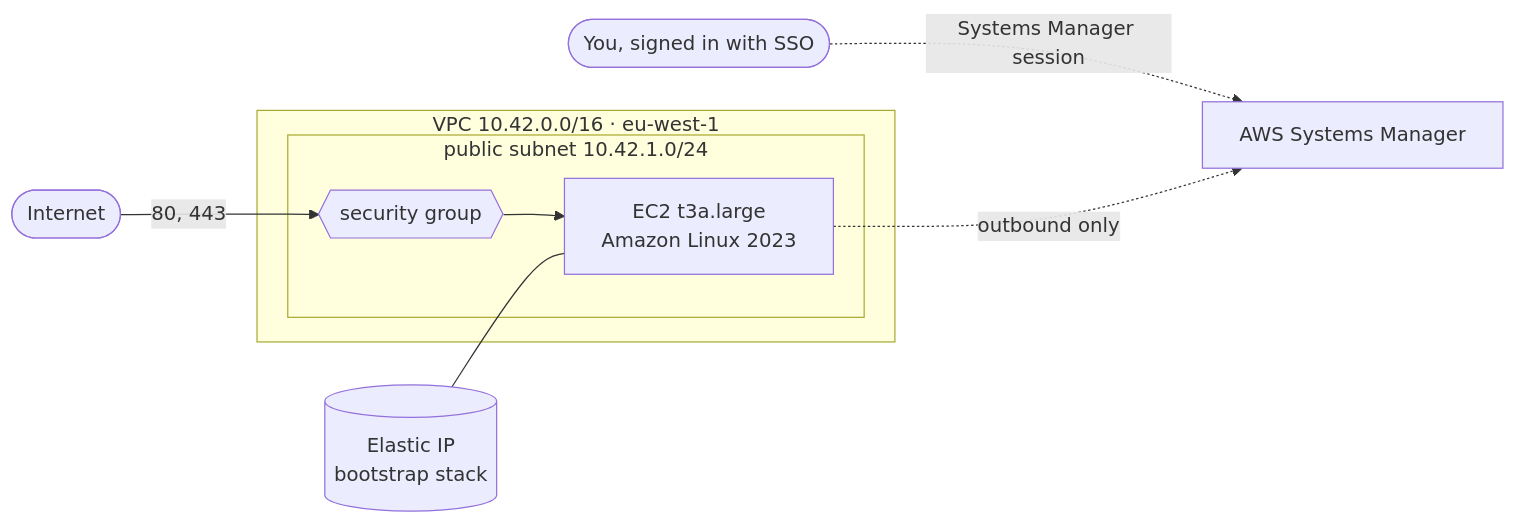
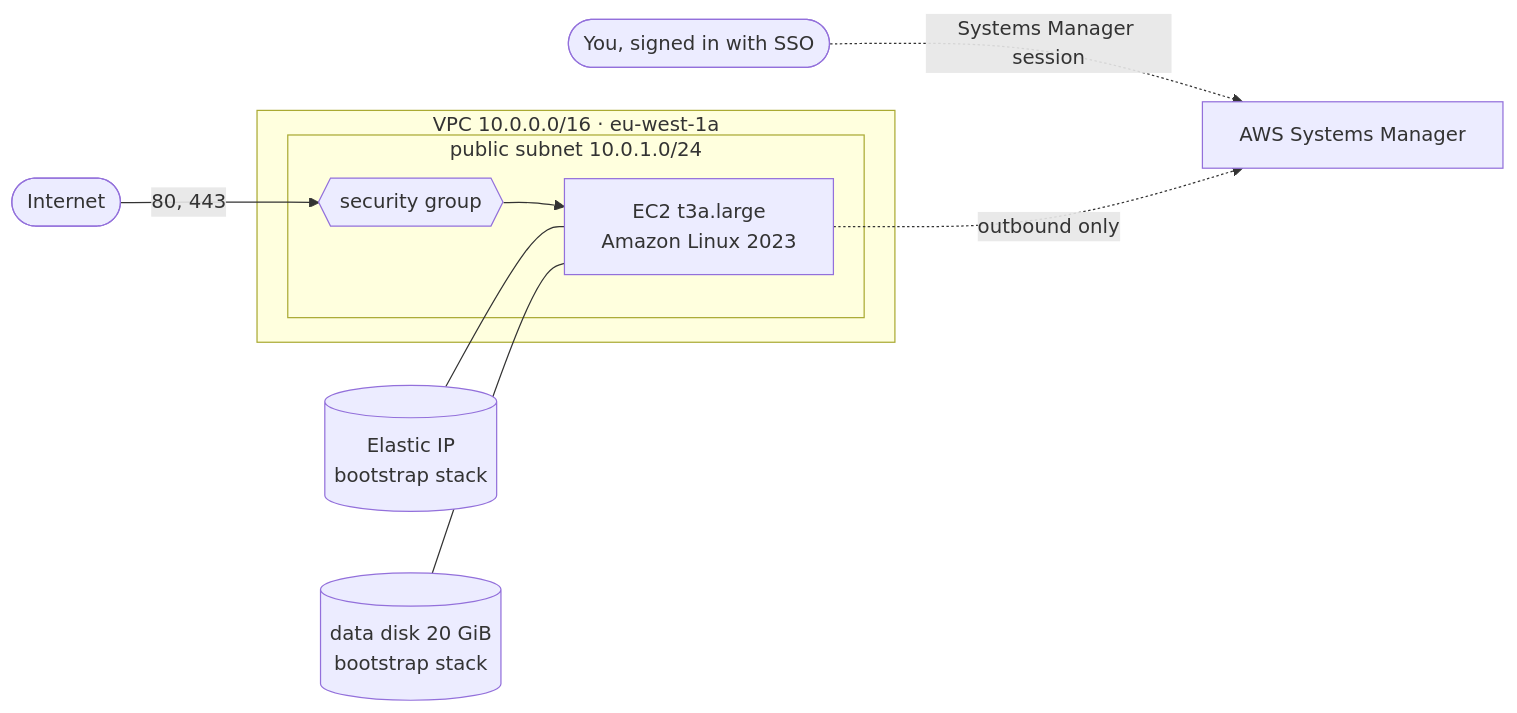
The diagram in docs/en/INFRA.md (LifeLifeOne/votely), drawn with Mermaid before and after one commit. The commit also changed other lines of this file and 7 other files, not shown here.

````diff
--- a/docs/en/INFRA.md
+++ b/docs/en/INFRA.md
@@ -16,12 +16,13 @@
 ```mermaid
 flowchart LR
     internet([Internet]) -->|"80, 443"| sg
     you([You, signed in with SSO]) -.->|"Systems Manager session"| ssm[AWS Systems Manager]
-    subgraph vpc [VPC 10.42.0.0/16 · eu-west-1]
-        subgraph subnet [public subnet 10.42.1.0/24]
+    subgraph vpc [VPC 10.0.0.0/16 · eu-west-1a]
+        subgraph subnet [public subnet 10.0.1.0/24]
             sg{{security group}} --> server["EC2 t3a.large<br/>Amazon Linux 2023"]
         end
     end
     server -.->|"outbound only"| ssm
     eip[(Elastic IP<br/>bootstrap stack)] --- server
+    disk[(data disk 20 GiB<br/>bootstrap stack)] --- server
 ```
````
